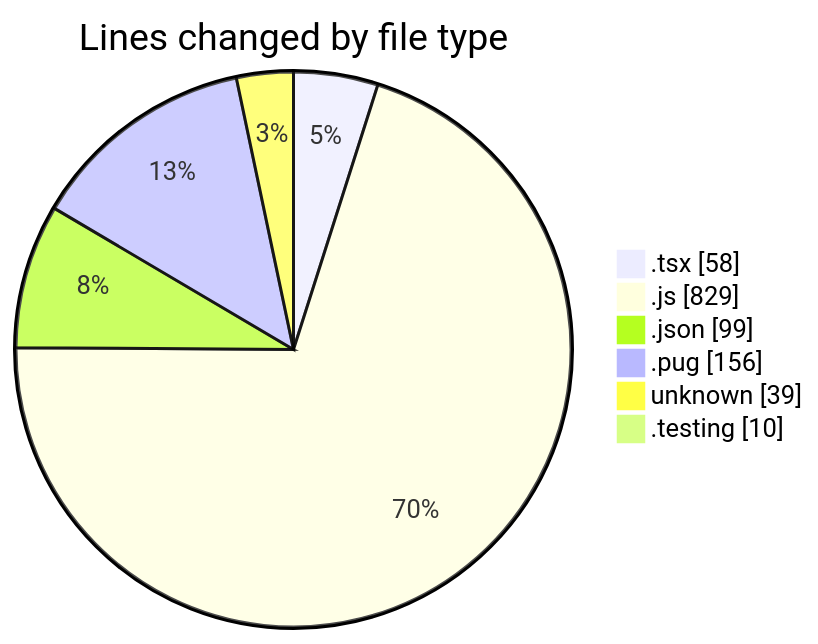
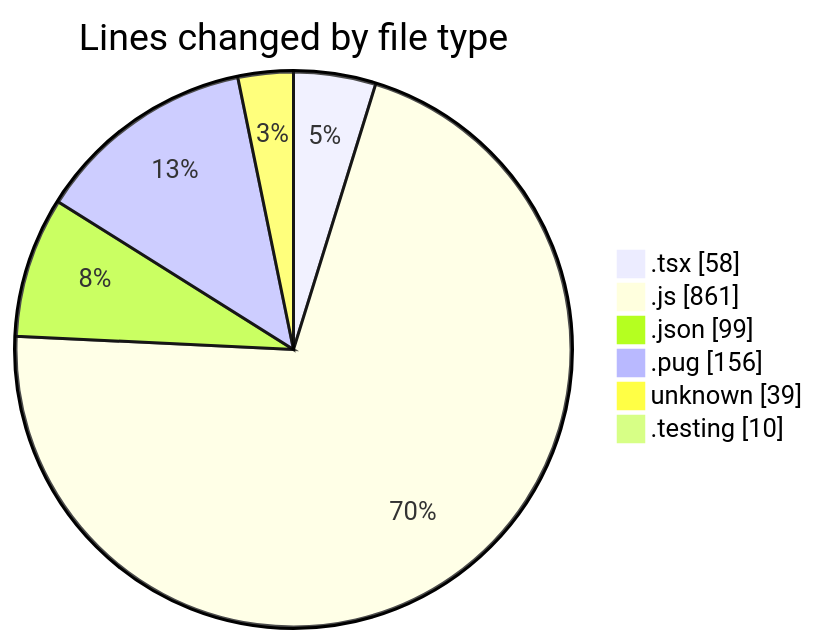
One commit to momahboobian/code-tracking changed the first of 2 diagrams in 2025-03-07/cda/README.md. Above: the diagram before and after it, drawn with Mermaid. The commit also changed other lines of this file and 1 other file, not shown here.

````diff
--- a/2025-03-07/cda/README.md
+++ b/2025-03-07/cda/README.md
@@ -29,10 +29,10 @@
 ```mermaid
 pie showData
 title Lines changed by file type
 ".tsx" : 58
-".js" : 829
+".js" : 861
 ".json" : 99
 ".pug" : 156
 "unknown" : 39
 ".testing" : 10
 ```
````
